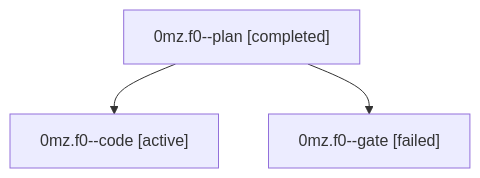
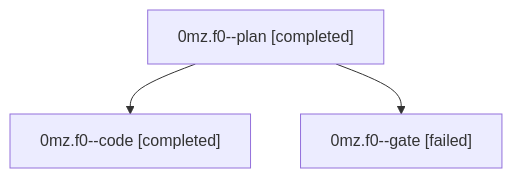
The diagram in families/bbugyi200.athena.0mz.f0.md (bobs-org/bob-cli--agents), drawn with Mermaid before and after one commit. The commit also changed other lines of this file and 42 other files, not shown here.

````diff
--- a/families/bbugyi200.athena.0mz.f0.md
+++ b/families/bbugyi200.athena.0mz.f0.md
@@ -9,8 +9,8 @@
 ```mermaid
 flowchart TD
   n0["0mz.f0--plan [completed]"]
-  n1["0mz.f0--code [active]"]
+  n1["0mz.f0--code [completed]"]
   n0 --> n1
   n2["0mz.f0--gate [failed]"]
   n0 --> n2
 ```
````
